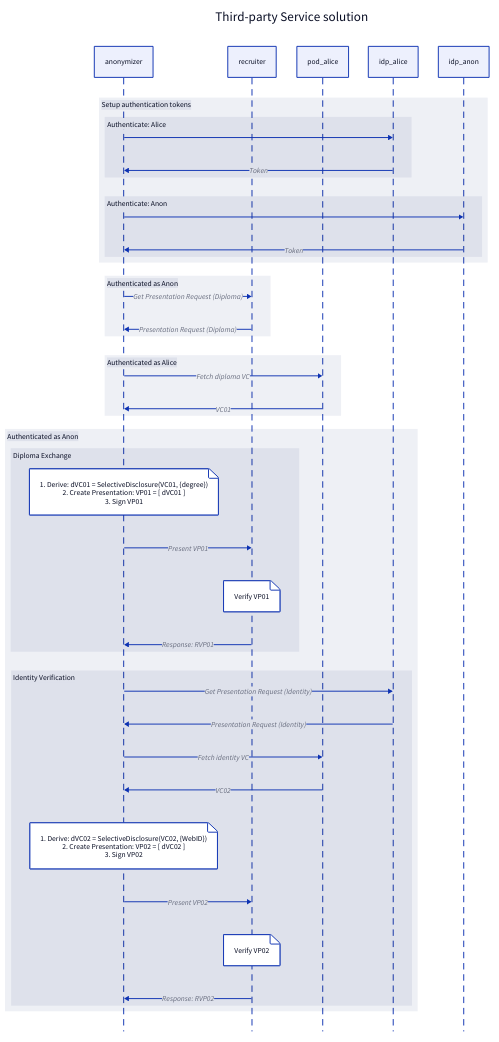
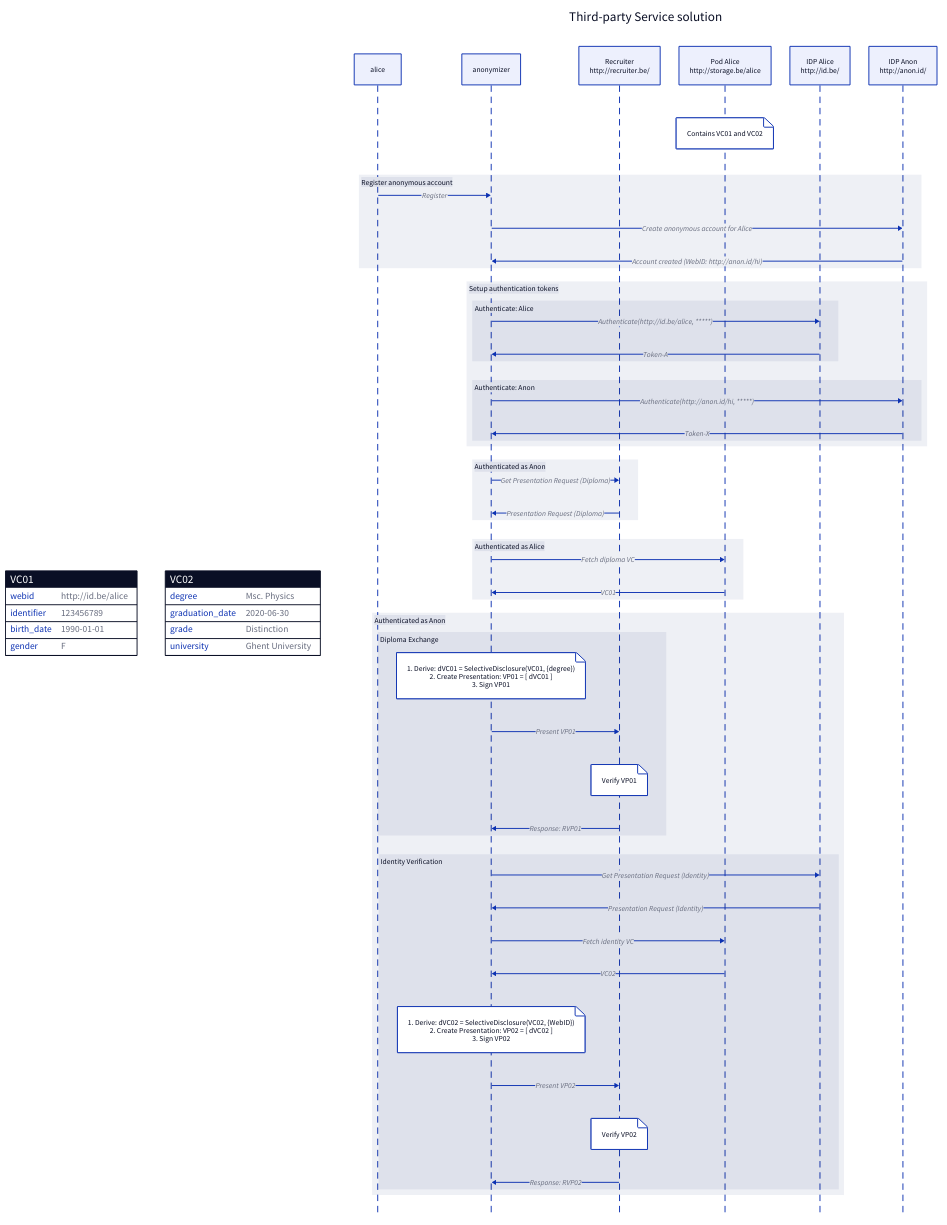
The diagram in diagrams/sequence-3rd-party.d2 (SolidLabResearch/pseudonymity-demo), drawn with D2 before and after one commit. The commit also changed 1 other file, not shown here.

Commit message:
update: seq. diag for 3rd party solution - added VCs, webid, etc.

```diff
--- a/diagrams/sequence-3rd-party.d2
+++ b/diagrams/sequence-3rd-party.d2
@@ -1,69 +1,112 @@
+vars: {
+  alice: {
+    webid: "http://id.be/alice"
+    idp: "http://id.be/"
+    pod: "http://storage.be/alice"
+    password: "*****"
+  }
+  anon: {
+    webid: "http://anon.id/hi"
+    idp: "http://anon.id/"
+    password: "*****"
+  }
+  recruiter: {
+    webid: "http://recruiter.be/"
+  }
+}
+
+VC01: {
+  shape: sql_table
+  webid: ${alice.webid}
+  identifier: "123456789"
+  birth_date: "1990-01-01"
+  gender: "F"
+}
+
+VC02: {
+  shape: sql_table
+  degree: "Msc. Physics"
+  graduation_date: "2020-06-30"
+  grade: "Distinction"
+  university: "Ghent University"
+}
+
 seq: "Third-party Service solution" {
   shape: sequence_diagram
+  alice
   anonymizer
-  recruiter
-  pod_alice
-  idp_alice
-  idp_anon
+  recruiter: "Recruiter\n${recruiter.webid}"
+  pod_alice: Pod Alice\n${alice.pod}
+  idp_alice: IDP Alice\n${alice.idp}
+  idp_anon: IDP Anon\n${anon.idp}
+
+  pod_alice."Contains VC01 and VC02"  
+  
+
+  register_anon: "Register anonymous account" {
+    alice -> anonymizer: "Register"
+    anonymizer -> idp_anon: "Create anonymous account for Alice"
+    idp_anon -> anonymizer: "Account created (WebID: ${anon.webid})"
+  }
 
   setup_auth_tokens: "Setup authentication tokens" {
     auth_alice: "Authenticate: Alice" {
-      anonymizer -> idp_alice
-      idp_alice -> anonymizer: Token
+      anonymizer -> idp_alice: "Authenticate(${alice.webid}, ${alice.password})"
+      idp_alice -> anonymizer: Token-A
     }
   
     auth_anon: "Authenticate: Anon" {
-      anonymizer -> idp_anon
-      idp_anon -> anonymizer: Token
+      anonymizer -> idp_anon: "Authenticate(${anon.webid}, ${anon.password})"
+      idp_anon -> anonymizer: Token-X
     }
   }
   
   ctx_anon: "Authenticated as Anon" {
     anonymizer -> recruiter: "Get Presentation Request (Diploma)"
     recruiter -> anonymizer: "Presentation Request (Diploma)"
   }
 
   ctx_alice: "Authenticated as Alice" {
     anonymizer -> pod_alice: "Fetch diploma VC"
     pod_alice -> anonymizer: "VC01"
   }
 
   ctx_anon2: "Authenticated as Anon" {
     diploma_exchange: "Diploma Exchange" {
       anonymizer.|
         1. Derive: dVC01 = SelectiveDisclosure(VC01, {degree})
         2. Create Presentation: VP01 = [ dVC01 ]
         3. Sign VP01
       |
       
       anonymizer -> recruiter: "Present VP01"
       recruiter."Verify VP01"
       recruiter -> anonymizer: "Response: RVP01"
     }
 
     identity_verification: "Identity Verification" {
       # Presentation Request: Identity
       anonymizer -> idp_alice: "Get Presentation Request (Identity)"
       idp_alice -> anonymizer: "Presentation Request (Identity)"
 
       # Create VP02
       anonymizer -> pod_alice: "Fetch identity VC"
       pod_alice -> anonymizer: "VC02"
       anonymizer.|
         1. Derive: dVC02 = SelectiveDisclosure(VC02, {WebID})
         2. Create Presentation: VP02 = [ dVC02 ]
         3. Sign VP02
       |
 
       # Exchange VP02
       anonymizer -> recruiter: "Present VP02"
       recruiter."Verify VP02"
       recruiter -> anonymizer: "Response: RVP02"
     }
 
   }
     
 
   
 
 }
```
